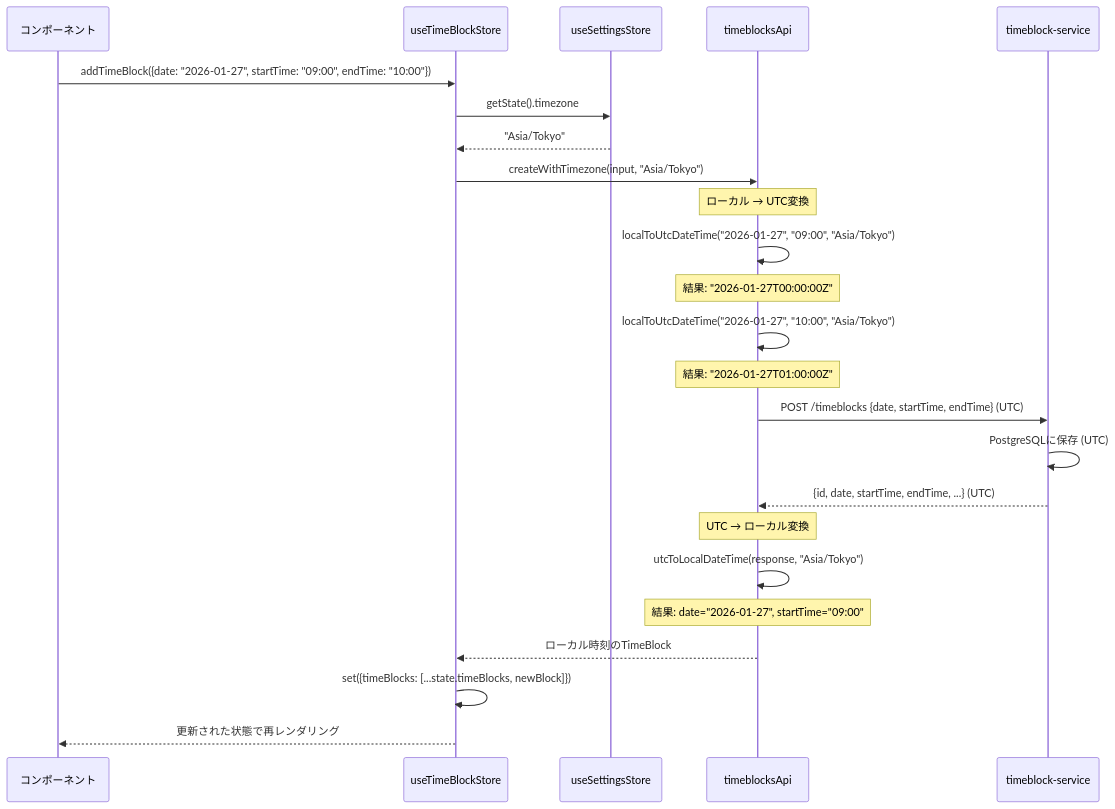
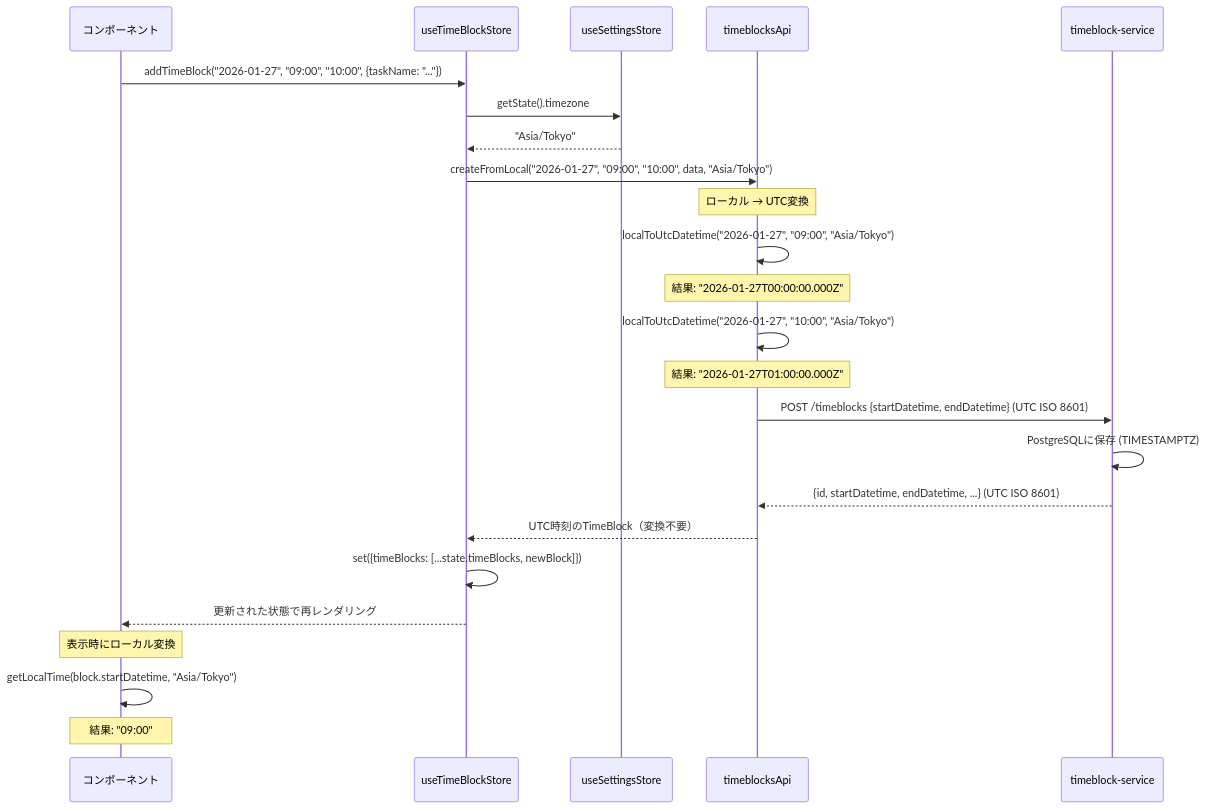
Before and after one commit to yu-min3/kensan: the fourth of 4 diagrams in src/ARCHITECTURE.md, drawn with Mermaid. The commit also changed other lines of this file and 149 other files, not shown here.

````diff
--- a/src/ARCHITECTURE.md
+++ b/src/ARCHITECTURE.md
@@ -874,31 +939,31 @@
 ```mermaid
 sequenceDiagram
     participant UI as コンポーネント
     participant Store as useTimeBlockStore
     participant Settings as useSettingsStore
     participant API as timeblocksApi
     participant BE as timeblock-service
 
-    UI->>Store: addTimeBlock({date: "2026-01-27", startTime: "09:00", endTime: "10:00"})
+    UI->>Store: addTimeBlock("2026-01-27", "09:00", "10:00", {taskName: "..."})
     Store->>Settings: getState().timezone
     Settings-->>Store: "Asia/Tokyo"
-    Store->>API: createWithTimezone(input, "Asia/Tokyo")
+    Store->>API: createFromLocal("2026-01-27", "09:00", "10:00", data, "Asia/Tokyo")
 
     Note over API: ローカル → UTC変換
-    API->>API: localToUtcDateTime("2026-01-27", "09:00", "Asia/Tokyo")
-    Note over API: 結果: "2026-01-27T00:00:00Z"
-    API->>API: localToUtcDateTime("2026-01-27", "10:00", "Asia/Tokyo")
-    Note over API: 結果: "2026-01-27T01:00:00Z"
+    API->>API: localToUtcDatetime("2026-01-27", "09:00", "Asia/Tokyo")
+    Note over API: 結果: "2026-01-27T00:00:00.000Z"
+    API->>API: localToUtcDatetime("2026-01-27", "10:00", "Asia/Tokyo")
+    Note over API: 結果: "2026-01-27T01:00:00.000Z"
 
-    API->>BE: POST /timeblocks {date, startTime, endTime} (UTC)
-    BE->>BE: PostgreSQLに保存 (UTC)
-    BE-->>API: {id, date, startTime, endTime, ...} (UTC)
+    API->>BE: POST /timeblocks {startDatetime, endDatetime} (UTC ISO 8601)
+    BE->>BE: PostgreSQLに保存 (TIMESTAMPTZ)
+    BE-->>API: {id, startDatetime, endDatetime, ...} (UTC ISO 8601)
 
-    Note over API: UTC → ローカル変換
-    API->>API: utcToLocalDateTime(response, "Asia/Tokyo")
-    Note over API: 結果: date="2026-01-27", startTime="09:00"
-
-    API-->>Store: ローカル時刻のTimeBlock
+    API-->>Store: UTC時刻のTimeBlock（変換不要）
     Store->>Store: set({timeBlocks: [...state.timeBlocks, newBlock]})
     Store-->>UI: 更新された状態で再レンダリング
+
+    Note over UI: 表示時にローカル変換
+    UI->>UI: getLocalTime(block.startDatetime, "Asia/Tokyo")
+    Note over UI: 結果: "09:00"
 ```
````
